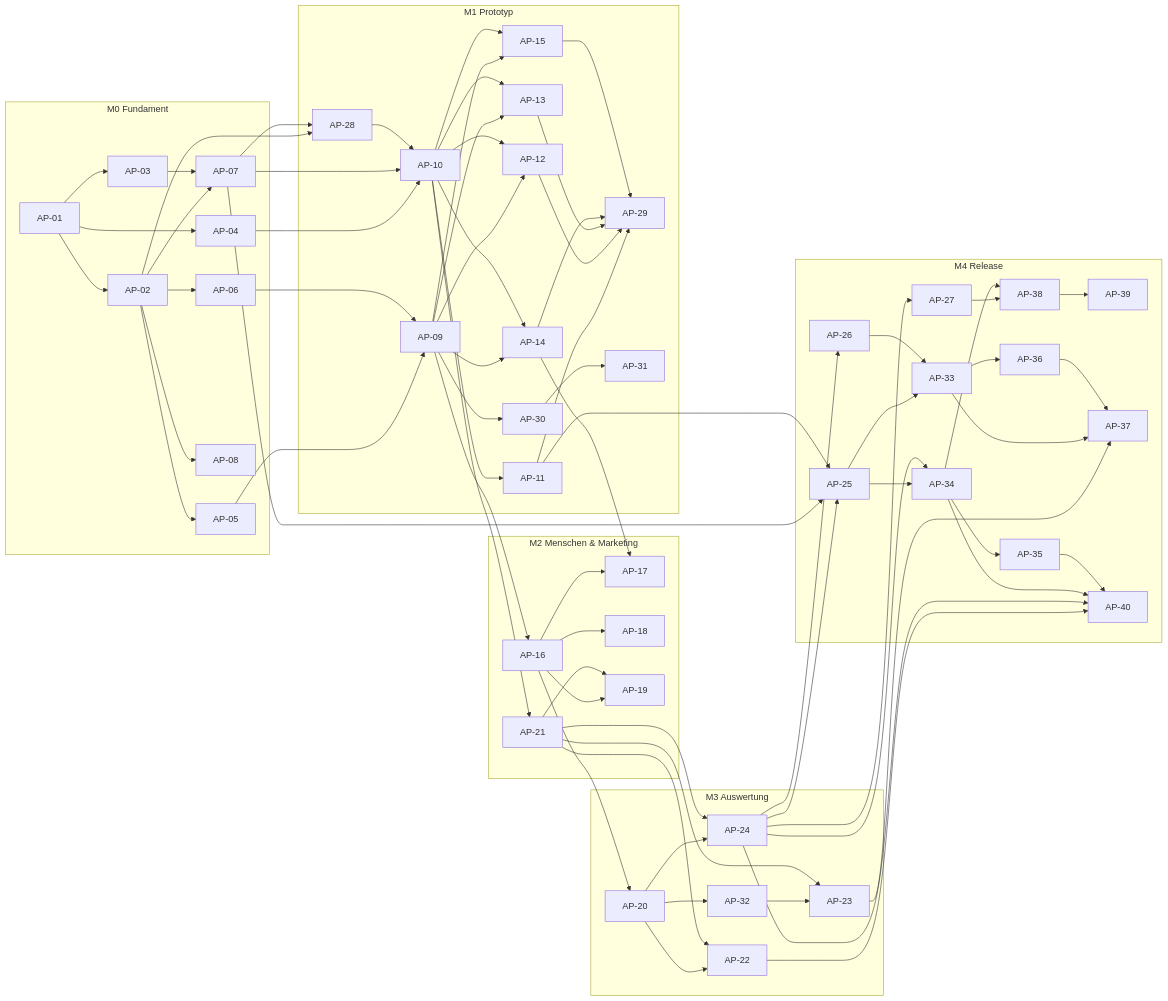
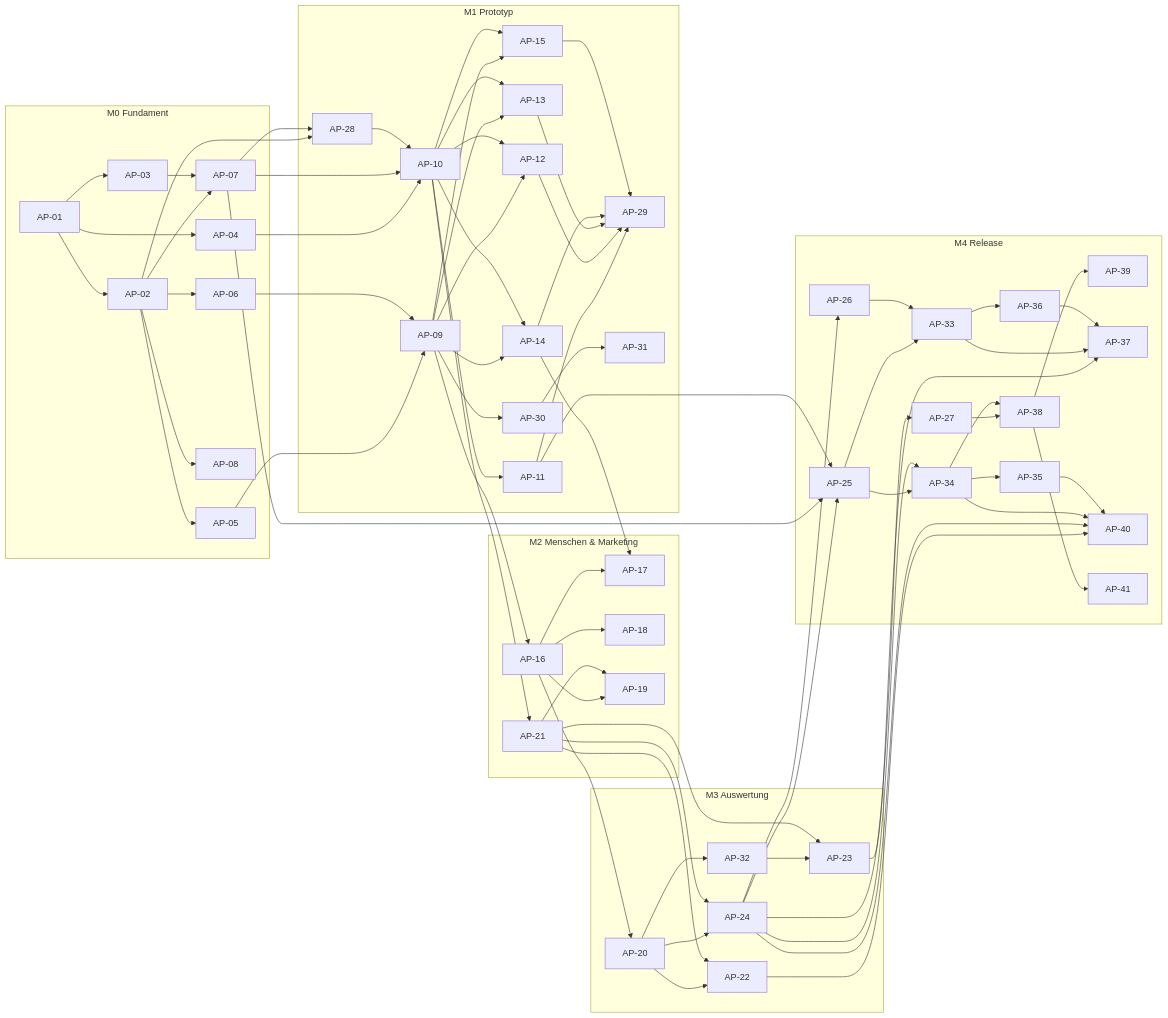
Before and after one commit to CemDCoding/appManager: the third of 3 diagrams in docs/masterBuildPlan.md, drawn with Mermaid. The commit also changed other lines of this file, not shown here.

````diff
--- a/docs/masterBuildPlan.md
+++ b/docs/masterBuildPlan.md
@@ -599,56 +602,58 @@
 ```mermaid
 flowchart LR
   subgraph M0["M0 Fundament"]
     AP01["AP-01"] --> AP02["AP-02"] & AP03["AP-03"] & AP04["AP-04"]
     AP02 --> AP05["AP-05"] & AP06["AP-06"] & AP07["AP-07"] & AP08["AP-08"]
     AP03 --> AP07
   end
   subgraph M1["M1 Prototyp"]
     AP09["AP-09"]
     AP28["AP-28"]
     AP10["AP-10"]
     AP09 & AP10 --> AP12["AP-12"] & AP13["AP-13"] & AP14["AP-14"] & AP15["AP-15"]
     AP10 --> AP11["AP-11"]
     AP11 & AP12 & AP13 & AP14 & AP15 --> AP29["AP-29"]
     AP09 --> AP30["AP-30"] --> AP31["AP-31"]
   end
   subgraph M2["M2 Menschen & Marketing"]
     AP16["AP-16"] --> AP17["AP-17"] & AP18["AP-18"] & AP19["AP-19"]
     AP21["AP-21"] --> AP19
   end
   subgraph M3["M3 Auswertung"]
     AP20["AP-20"] --> AP22["AP-22"] & AP24["AP-24"] & AP32["AP-32"]
     AP32 --> AP23["AP-23"]
   end
   AP21 --> AP22 & AP23 & AP24
   AP14 --> AP17
   subgraph M4["M4 Release"]
     AP25["AP-25"]
     AP26["AP-26"]
     AP27["AP-27"]
     AP33["AP-33"]
     AP34["AP-34"]
     AP35["AP-35"]
     AP36["AP-36"]
     AP38["AP-38"]
     AP39["AP-39"]
     AP37["AP-37"]
     AP40["AP-40"]
+    AP41["AP-41"]
   end
   AP05 & AP06 --> AP09
   AP02 & AP07 --> AP28
   AP04 & AP07 & AP28 --> AP10
   AP09 --> AP16 --> AP20
   AP10 --> AP21
   AP07 & AP11 --> AP25
   AP24 --> AP25 & AP26 & AP27
   AP25 --> AP33 & AP34
   AP26 --> AP33
   AP24 --> AP34
   AP34 --> AP35
   AP33 --> AP36
   AP27 & AP34 --> AP38
   AP38 --> AP39
   AP23 & AP33 & AP36 --> AP37
   AP22 & AP24 & AP34 & AP35 --> AP40
+  AP38 --> AP41
 ```
````
